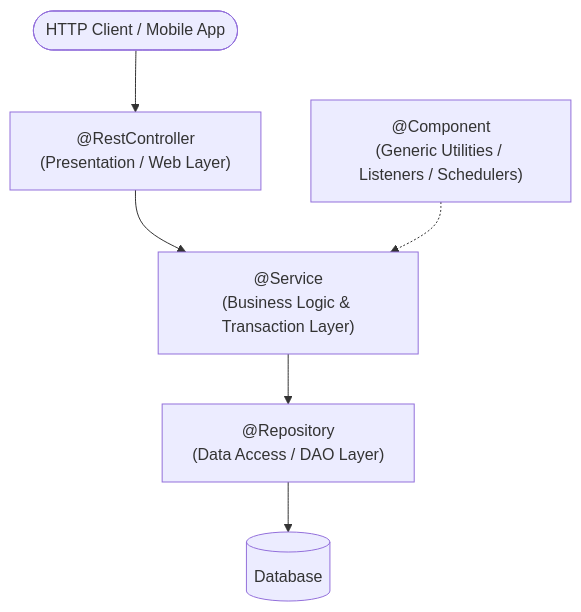
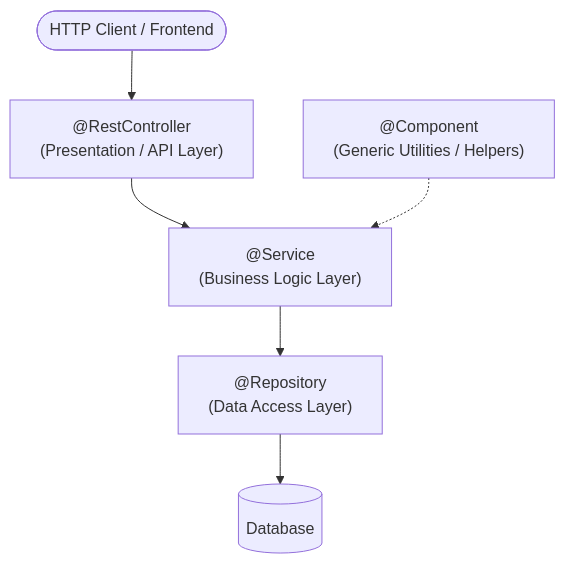
Before and after one commit to rohithgowda18/Notes: the fourth of 21 diagrams in 06-Java-and-Spring-Boot/Spring Boot Interview Guide.md, drawn with Mermaid. The commit also changed other lines of this file, not shown here.

````diff
--- a/06-Java-and-Spring-Boot/Spring Boot Interview Guide.md
+++ b/06-Java-and-Spring-Boot/Spring Boot Interview Guide.md
@@ -220,9 +174,9 @@
 ```mermaid
 flowchart TD
-    Client(["HTTP Client / Mobile App"]) --> Controller["@RestController<br/>(Presentation / Web Layer)"]
-    Controller --> Service["@Service<br/>(Business Logic & Transaction Layer)"]
-    Service --> Repo["@Repository<br/>(Data Access / DAO Layer)"]
+    Client(["HTTP Client / Frontend"]) --> Controller["@RestController<br/>(Presentation / API Layer)"]
+    Controller --> Service["@Service<br/>(Business Logic Layer)"]
+    Service --> Repo["@Repository<br/>(Data Access Layer)"]
     Repo --> DB[("Database")]
 
-    Component["@Component<br/>(Generic Utilities / Listeners / Schedulers)"] -.-> Service
+    Component["@Component<br/>(Generic Utilities / Helpers)"] -.-> Service
 ```
````
